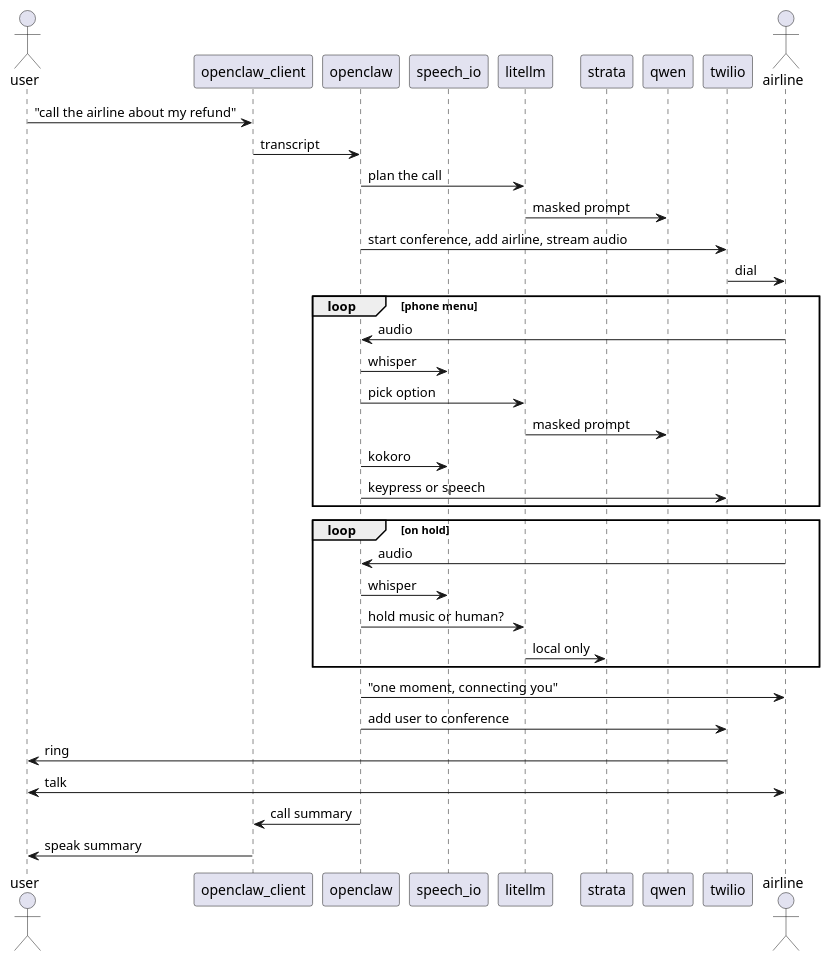
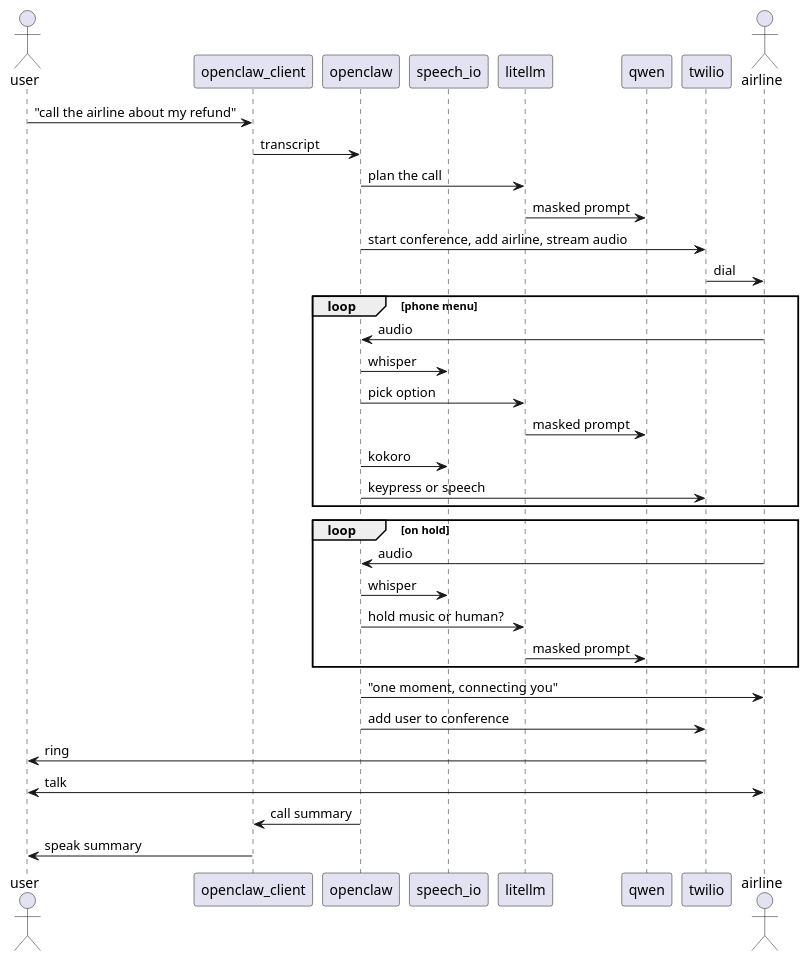
One commit to joenarvaez/negotium changed the second of 6 diagrams in readme.md. Above: the diagram before and after it, drawn with PlantUML. The commit also changed other lines of this file, not shown here.

First line of the commit message:
Readme: local model replaces Strata; add vitals, ComfyUI, Plaid, Deepgram

````diff
--- a/readme.md
+++ b/readme.md
@@ -66,41 +77,40 @@
 ```plantuml
 actor user
 participant openclaw_client
 participant openclaw
 participant speech_io
 participant litellm
-participant strata
 participant qwen
 participant twilio
 actor airline
 
 user -> openclaw_client : "call the airline about my refund"
 openclaw_client -> openclaw : transcript
 openclaw -> litellm : plan the call
 litellm -> qwen : masked prompt
 openclaw -> twilio : start conference, add airline, stream audio
 twilio -> airline : dial
 
 loop phone menu
     airline -> openclaw : audio
     openclaw -> speech_io : whisper
     openclaw -> litellm : pick option
     litellm -> qwen : masked prompt
     openclaw -> speech_io : kokoro
     openclaw -> twilio : keypress or speech
 end
 
 loop on hold
     airline -> openclaw : audio
     openclaw -> speech_io : whisper
     openclaw -> litellm : hold music or human?
-    litellm -> strata : local only
+    litellm -> qwen : masked prompt
 end
 
 openclaw -> airline : "one moment, connecting you"
 openclaw -> twilio : add user to conference
 twilio -> user : ring
 user <-> airline : talk
 openclaw -> openclaw_client : call summary
 openclaw_client -> user : speak summary
 ```
````
